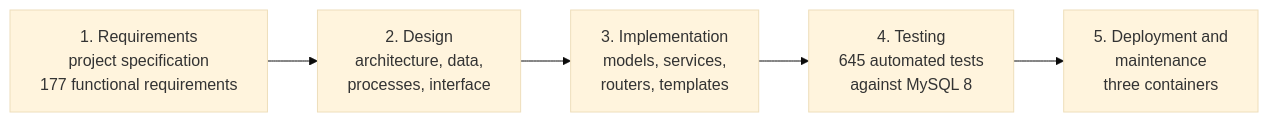
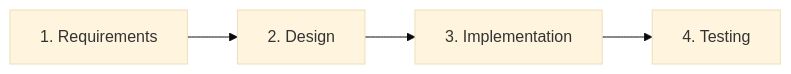
The first of 10 diagrams in docs/system-analysis-and-design.md (xTurki/awarness_project), drawn with Mermaid (base theme) before and after one commit. The commit also changed other lines of this file and 147 other files, not shown here.

````diff
--- a/docs/system-analysis-and-design.md
+++ b/docs/system-analysis-and-design.md
@@ -81,9 +56,4 @@
 ```mermaid
 flowchart LR
-    R["1. Requirements<br/>project specification<br/>177 functional requirements"]
-    D["2. Design<br/>architecture, data,<br/>processes, interface"]
-    I["3. Implementation<br/>models, services,<br/>routers, templates"]
-    T["4. Testing<br/>645 automated tests<br/>against MySQL 8"]
-    M["5. Deployment and<br/>maintenance<br/>three containers"]
-    R --> D --> I --> T --> M
+    R["1. Requirements"] --> D["2. Design"] --> I["3. Implementation"] --> T["4. Testing"]
 ```
````
